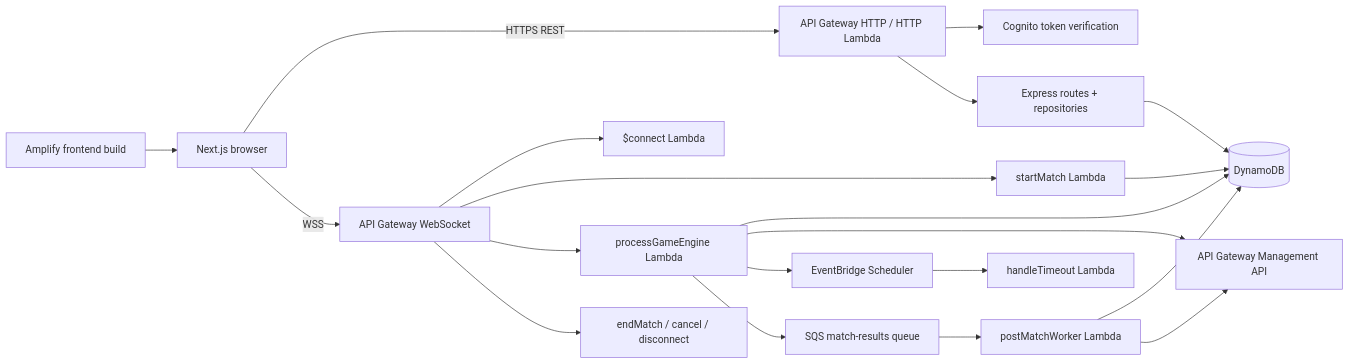
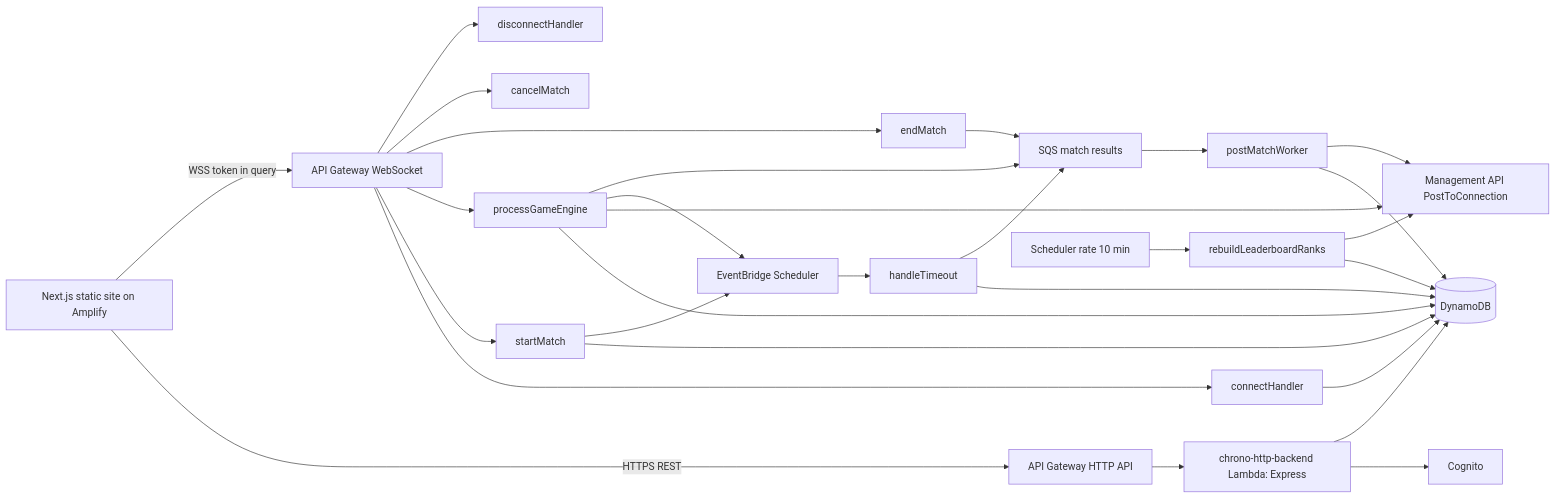
The first of 2 diagrams in Architecture.md (runeeyes584/TCG-AWS), drawn with Mermaid before and after one commit. The commit also changed other lines of this file and 174 other files, not shown here.

````diff
--- a/Architecture.md
+++ b/Architecture.md
@@ -59,22 +92,31 @@
 ```mermaid
 flowchart LR
-  Browser[Next.js browser] -->|HTTPS REST| Http[API Gateway HTTP / HTTP Lambda]
-  Browser -->|WSS| Ws[API Gateway WebSocket]
-  Http --> Auth[Cognito token verification]
-  Ws --> Connect[$connect Lambda]
-  Ws --> Start[startMatch Lambda]
-  Ws --> Action[processGameEngine Lambda]
-  Ws --> End[endMatch / cancel / disconnect]
-  Http --> Repo[Express routes + repositories]
-  Start --> DDB[(DynamoDB)]
+  Browser[Next.js static site on Amplify] -->|HTTPS REST| Http[API Gateway HTTP API]
+  Browser -->|WSS token in query| Ws[API Gateway WebSocket]
+  Http --> HttpL[chrono-http-backend Lambda: Express]
+  HttpL --> Cog[Cognito]
+  HttpL --> DDB[(DynamoDB)]
+  Ws --> Connect[connectHandler]
+  Ws --> Start[startMatch]
+  Ws --> Action[processGameEngine]
+  Ws --> End[endMatch]
+  Ws --> Cancel[cancelMatch]
+  Ws --> Disc[disconnectHandler]
+  Connect --> DDB
+  Start --> DDB
   Action --> DDB
-  Repo --> DDB
-  Action --> Push[API Gateway Management API]
-  Action --> Scheduler[EventBridge Scheduler]
-  Scheduler --> Timeout[handleTimeout Lambda]
-  Action --> SQS[SQS match-results queue]
-  SQS --> Worker[postMatchWorker Lambda]
+  Action --> Push[Management API PostToConnection]
+  Start --> Sched[EventBridge Scheduler]
+  Action --> Sched
+  Sched --> Timeout[handleTimeout]
+  Timeout --> DDB
+  Action --> SQS[SQS match results]
+  End --> SQS
+  Timeout --> SQS
+  SQS --> Worker[postMatchWorker]
   Worker --> DDB
   Worker --> Push
-  FrontendBuild[Amplify frontend build] --> Browser
+  Cron[Scheduler rate 10 min] --> Rank[rebuildLeaderboardRanks]
+  Rank --> DDB
+  Rank --> Push
 ```
````
